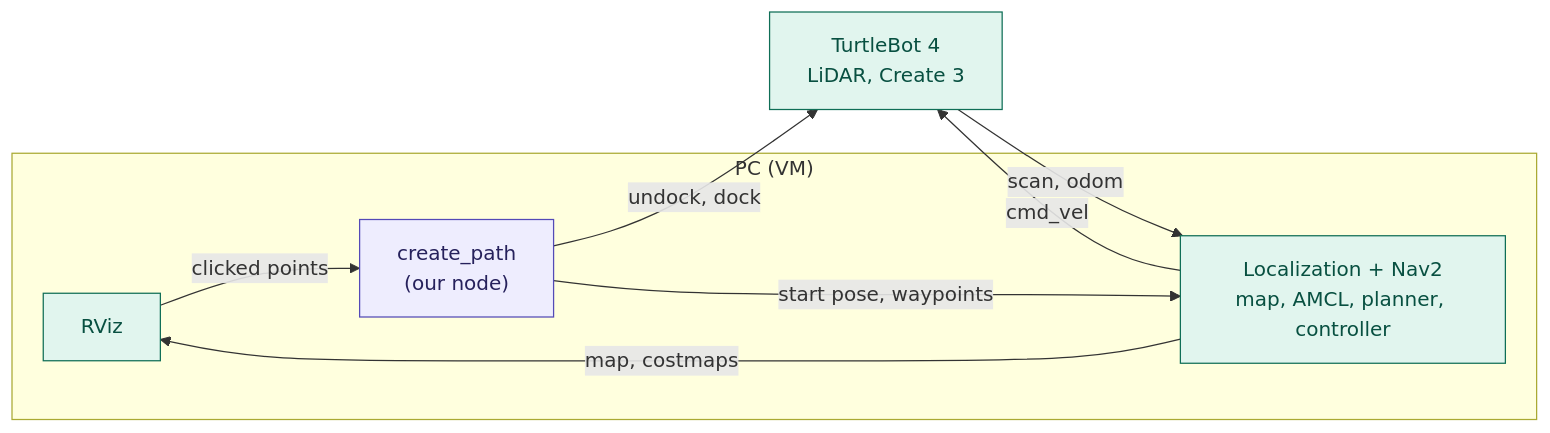
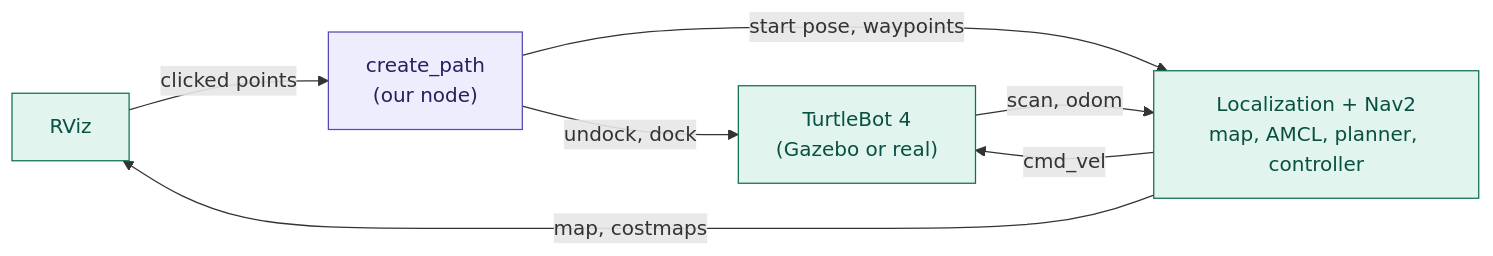
Before and after one commit to Happy1HappyHappy/Robotics: the diagram in robotics_ws/src/day8pkg/README.md, drawn with Mermaid. The commit also changed other lines of this file, not shown here.

````diff
--- a/robotics_ws/src/day8pkg/README.md
+++ b/robotics_ws/src/day8pkg/README.md
@@ -439,19 +398,13 @@
 ```mermaid
 flowchart LR
-    subgraph pc["PC (VM)"]
-        rviz["RViz"]
-        app["create_path<br>(our node)"]
-        nav["Localization + Nav2<br>map, AMCL, planner, controller"]
-    end
-    bot["TurtleBot 4<br>LiDAR, Create 3"]
-    rviz -->|"clicked points"| app
-    app -->|"undock, dock"| bot
-    app -->|"start pose, waypoints"| nav
+    rviz["RViz"] -->|"clicked points"| app["create_path<br>(our node)"]
+    app -->|"undock, dock"| bot["TurtleBot 4<br>(Gazebo or real)"]
+    app -->|"start pose, waypoints"| nav["Localization + Nav2<br>map, AMCL, planner, controller"]
     bot -->|"scan, odom"| nav
     nav -->|cmd_vel| bot
     nav -->|"map, costmaps"| rviz
     classDef ours fill:#EEEDFE,stroke:#534AB7,color:#26215C
     classDef given fill:#E1F5EE,stroke:#0F6E56,color:#085041
     class app ours
     class rviz,bot,nav given
 ```
````
